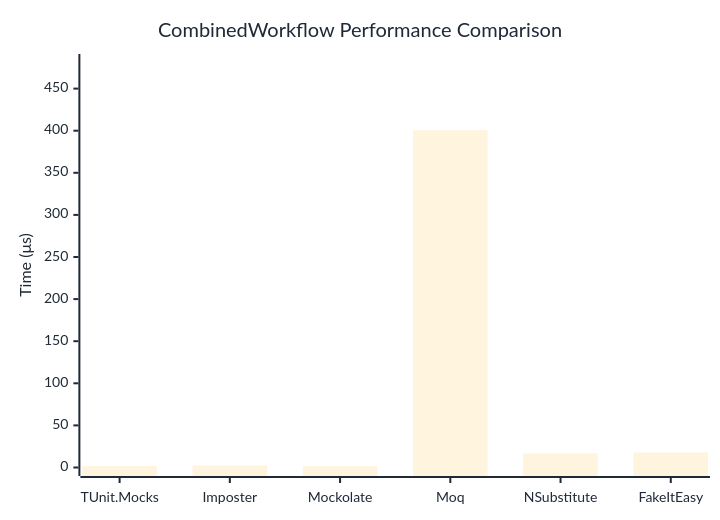
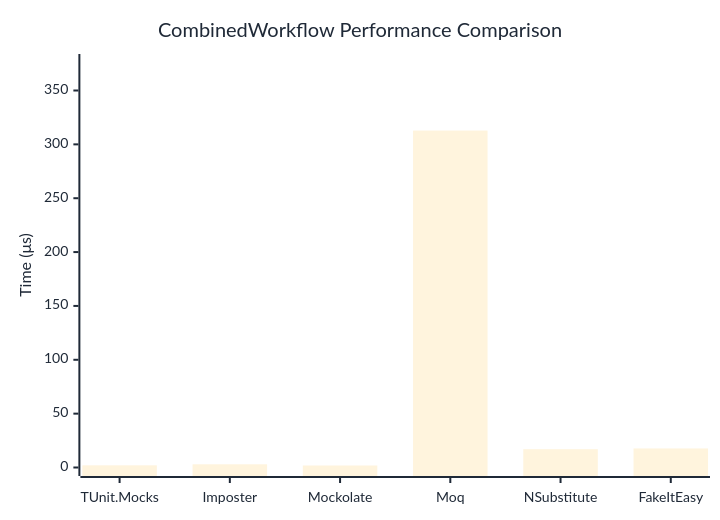
One commit to thomhurst/TUnit changed the diagram in docs/docs/benchmarks/mocks/CombinedWorkflow.md. Above: the diagram before and after it, drawn with Mermaid. The commit also changed other lines of this file and 14 other files, not shown here.

````diff
--- a/docs/docs/benchmarks/mocks/CombinedWorkflow.md
+++ b/docs/docs/benchmarks/mocks/CombinedWorkflow.md
@@ -28,27 +28,27 @@
 ```mermaid
 %%{init: {
   'theme':'base',
   'themeVariables': {
     'primaryColor': '#2563eb',
     'primaryTextColor': '#1f2937',
     'primaryBorderColor': '#1e40af',
     'lineColor': '#6b7280',
     'secondaryColor': '#7c3aed',
     'tertiaryColor': '#dc2626',
     'background': '#ffffff',
     'pie1': '#2563eb',
     'pie2': '#7c3aed',
     'pie3': '#dc2626',
     'pie4': '#f59e0b',
     'pie5': '#10b981',
     'pie6': '#06b6d4',
     'pie7': '#ec4899',
     'pie8': '#6366f1'
   }
 }}%%
 xychart-beta
   title "CombinedWorkflow Performance Comparison"
   x-axis ["TUnit.Mocks", "Imposter", "Mockolate", "Moq", "NSubstitute", "FakeItEasy"]
-  y-axis "Time (μs)" 0 --> 481
-  bar [1.75, 2.452, 1.657, 400.648, 16.74, 17.84]
+  y-axis "Time (μs)" 0 --> 376
+  bar [2.024, 2.96, 1.855, 312.804, 17.013, 17.683]
 ```
````
